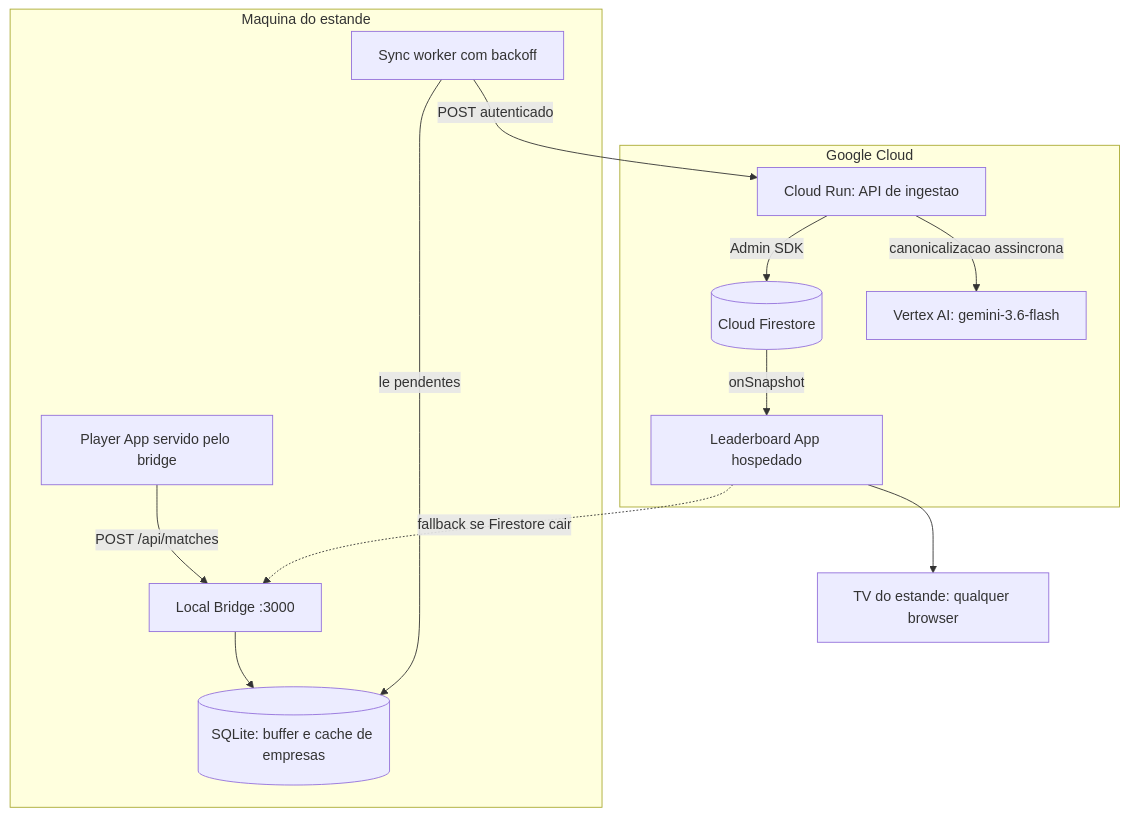
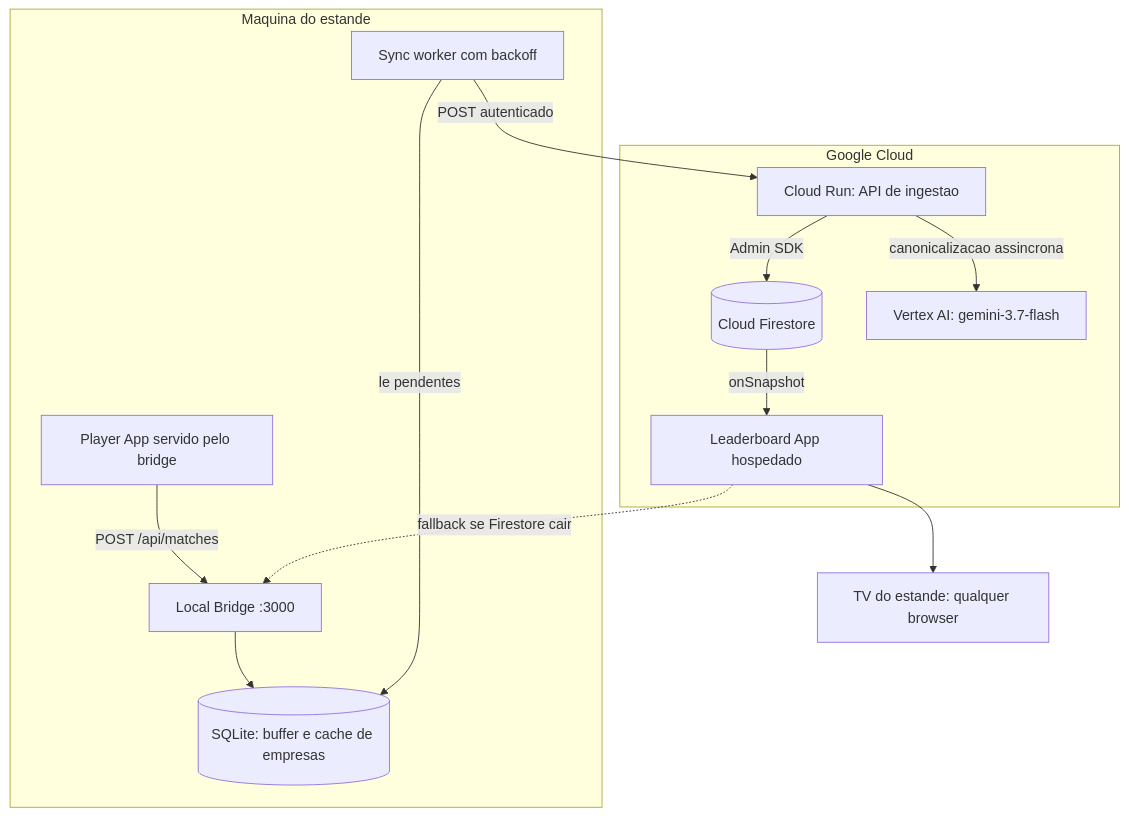
One commit to carlosmscabral/jogo-de-navinha-agy-summit-26 changed the second of 2 diagrams in specs/05_LEADERBOARD_AND_CLOUD_SPEC.md. Above: the diagram before and after it, drawn with Mermaid. The commit also changed other lines of this file and 20 other files, not shown here.

First line of the commit message:
feat(vertex): moderação bloqueante e canonicalização assíncrona com gemini-3.7-flash

````diff
--- a/specs/05_LEADERBOARD_AND_CLOUD_SPEC.md
+++ b/specs/05_LEADERBOARD_AND_CLOUD_SPEC.md
@@ -42,28 +42,28 @@
 ```mermaid
 graph TD
     subgraph Booth [Maquina do estande]
         GAME[Player App servido pelo bridge]
         BRIDGE[Local Bridge :3000]
         SQLITE[(SQLite: buffer e cache de empresas)]
         SYNC[Sync worker com backoff]
     end
 
     subgraph Cloud [Google Cloud]
         RUN[Cloud Run: API de ingestao]
         FS[(Cloud Firestore)]
-        VERTEX[Vertex AI: gemini-3.6-flash]
+        VERTEX[Vertex AI: gemini-3.7-flash]
         TVAPP[Leaderboard App hospedado]
     end
 
     TV[TV do estande: qualquer browser]
 
     GAME -->|POST /api/matches| BRIDGE
     BRIDGE --> SQLITE
     SYNC -->|le pendentes| SQLITE
     SYNC -->|POST autenticado| RUN
     RUN -->|Admin SDK| FS
     RUN -->|canonicalizacao assincrona| VERTEX
     FS -->|onSnapshot| TVAPP
     TVAPP --> TV
     TVAPP -.->|fallback se Firestore cair| BRIDGE
 ```
````
